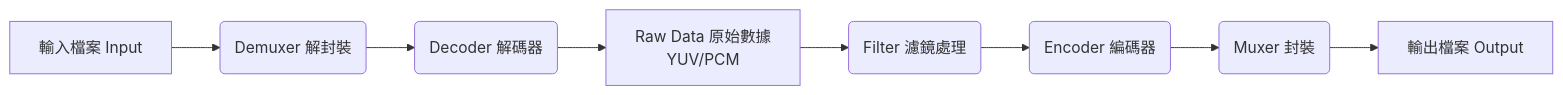
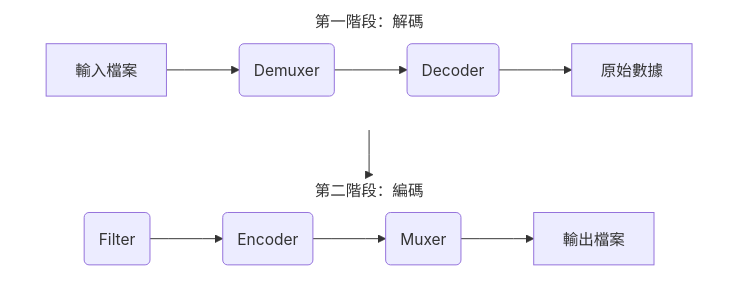
The diagram in README.md (Pigtnt/hevc-avc-jpeg-comparison), drawn with Mermaid before and after one commit. The commit also changed other lines of this file, not shown here.

Commit message:
HEVC-AVC-JPEG-comparison

````diff
--- a/README.md
+++ b/README.md
@@ -7,10 +7,22 @@
 ```mermaid
-graph LR
-    A[輸入檔案 Input] --> B(Demuxer 解封裝)
-    B --> C(Decoder 解碼器)
-    C --> D[Raw Data 原始數據<br>YUV/PCM]
-    D --> E(Filter 濾鏡處理)
-    E --> F(Encoder 編碼器)
-    F --> G(Muxer 封裝)
-    G --> H[輸出檔案 Output]
+%%{ init: { 'flowchart': { 'curve': 'step' } } }%%
+graph TD
+    %% 設定第一排：水平流向 (A->D)
+    subgraph Row1 [第一階段：解碼]
+        direction LR
+        A[輸入檔案] --> B(Demuxer) --> C(Decoder) --> D[原始數據]
+    end
+
+    %% 設定第二排：水平流向 (E->H)
+    subgraph Row2 [第二階段：編碼]
+        direction LR
+        E(Filter) --> F(Encoder) --> G(Muxer) --> H[輸出檔案]
+    end
+
+    %% 連接兩排 (D 連到 E)
+    D --> E
+
+    %% 樣式美化 (隱藏子圖表的框線，讓它看起來像一個整體)
+    style Row1 fill:none,stroke:none
+    style Row2 fill:none,stroke:none
 ```
````
